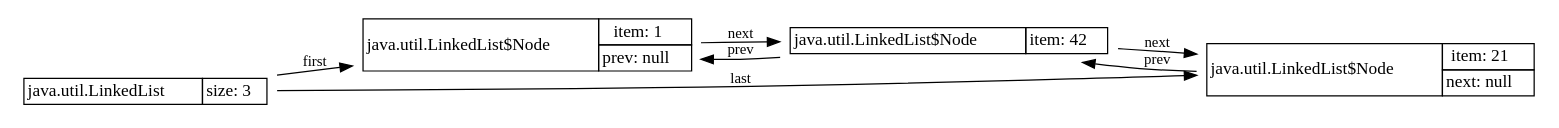
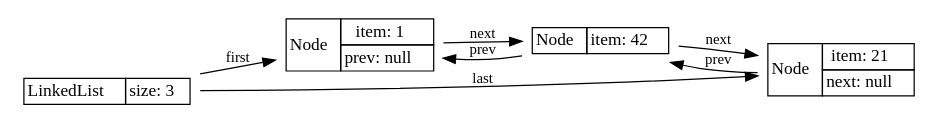
One commit to openjdk/jol changed the eighth of 18 diagrams in doc/src/main/asciidoc/start.adoc. Above: the diagram before and after it, drawn with Graphviz. The commit also changed other lines of this file and 3 other files, not shown here.

```diff
--- a/doc/src/main/asciidoc/start.adoc
+++ b/doc/src/main/asciidoc/start.adoc
@@ -759,59 +754,60 @@
 [graphviz]
 ----
 digraph Java {
 	rankdir="LR";
 	node[shape=plaintext]
 	n1[label=<
 		<table border='0' cellborder='1' cellspacing='0'>
 			<tr>
-				<td rowspan='2'>java.util.LinkedList</td>
+				<td rowspan='2'>LinkedList</td>
 			</tr>
 			<tr>
 				<td>size: 3</td>
 			</tr>
 		</table>
 	>];
 	n2[label=<
 		<table border='0' cellborder='1' cellspacing='0'>
 			<tr>
-				<td rowspan='3'>java.util.LinkedList$Node</td>
+				<td rowspan='3'>Node</td>
 			</tr>
 			<tr>
 				<td>item: 1</td>
 			</tr>
 			<tr>
 				<td>prev: null</td>
 			</tr>
 		</table>
 	>];
 	n3[label=<
 		<table border='0' cellborder='1' cellspacing='0'>
 			<tr>
-				<td rowspan='2'>java.util.LinkedList$Node</td>
+				<td rowspan='2'>Node</td>
 			</tr>
 			<tr>
 				<td>item: 42</td>
 			</tr>
 		</table>
 	>];
 	n4[label=<
 		<table border='0' cellborder='1' cellspacing='0'>
 			<tr>
-				<td rowspan='3'>java.util.LinkedList$Node</td>
+				<td rowspan='3'>Node</td>
 			</tr>
 			<tr>
 				<td>item: 21</td>
 			</tr>
 			<tr>
 				<td>next: null</td>
 			</tr>
 		</table>
 	>];
 	n4 -> n3[label="prev",fontsize=12];
 	n3 -> n4[label="next",fontsize=12];
 	n3 -> n2[label="prev",fontsize=12];
 	n2 -> n3[label="next",fontsize=12];
 	n1 -> n2[label="first",fontsize=12];
 	n1 -> n4[label="last",fontsize=12];
 }
+
 ----
```
